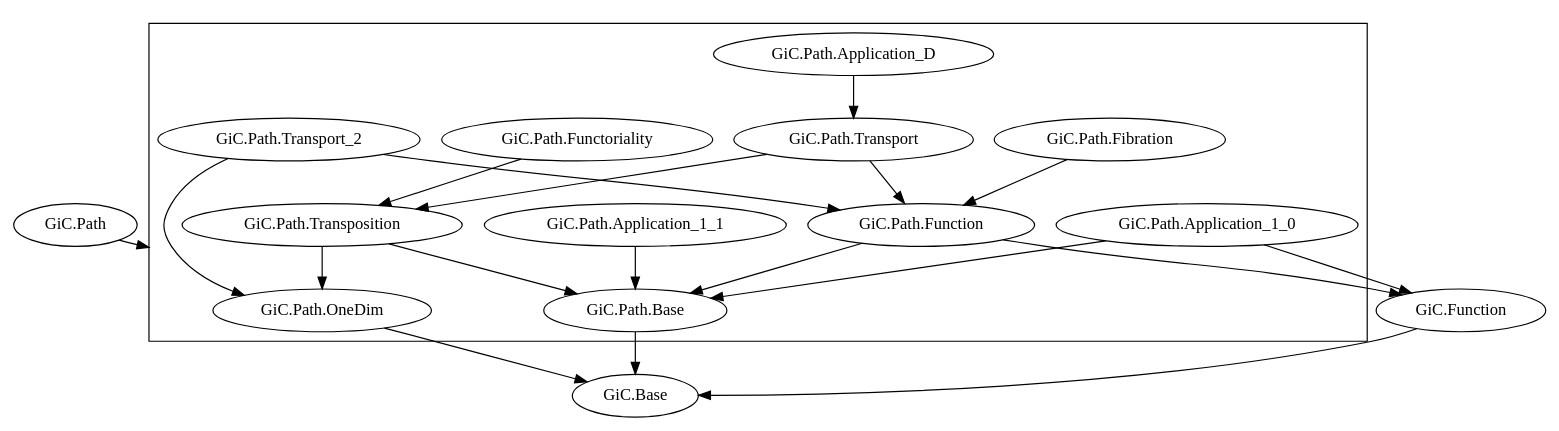
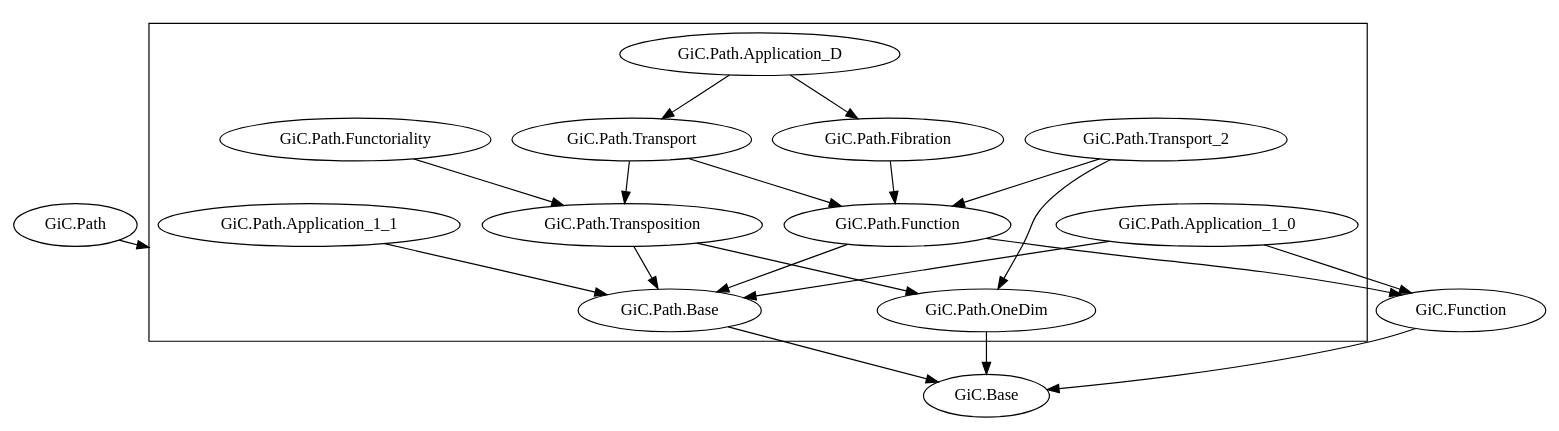
Before and after one commit to Hexirp/googology-in-coq: the diagram in documents/libraries-tred.gv, drawn with Graphviz. The commit also changed 3 other files, not shown here.

```diff
--- a/documents/libraries-tred.gv
+++ b/documents/libraries-tred.gv
@@ -1,63 +1,64 @@
 digraph dependency_graph_tred {
   compound = true;
 
   # GiC.Base
 
   # GiC.Function
   "GiC.Function" -> "GiC.Base";
 
   # GiC.Path.Base
   "GiC.Path.Base" -> "GiC.Base";
 
   # GiC.Path.Function
   "GiC.Path.Function" -> "GiC.Function";
   "GiC.Path.Function" -> "GiC.Path.Base";
 
   # GiC.Path.OneDim
   "GiC.Path.OneDim" -> "GiC.Base";
 
   # GiC.Path.Transposition
   "GiC.Path.Transposition" -> "GiC.Path.Base";
   "GiC.Path.Transposition" -> "GiC.Path.OneDim";
 
   # GiC.Path.Functoriality
   "GiC.Path.Functoriality" -> "GiC.Path.Transposition";
 
   # GiC.Path.Application_1_0
   "GiC.Path.Application_1_0" -> "GiC.Function";
   "GiC.Path.Application_1_0" -> "GiC.Path.Base";
 
   # GiC.Path.Application_1_1
   "GiC.Path.Application_1_1" -> "GiC.Path.Base";
 
   # GiC.Path.Transport
   "GiC.Path.Transport" -> "GiC.Path.Function";
   "GiC.Path.Transport" -> "GiC.Path.Transposition";
 
   # GiC.Path.Fibration
   "GiC.Path.Fibration" -> "GiC.Path.Function";
 
   # GiC.Path.Transport_2
   "GiC.Path.Transport_2" -> "GiC.Path.Function";
   "GiC.Path.Transport_2" -> "GiC.Path.OneDim";
 
   # GiC.Path.Application_D
   "GiC.Path.Application_D" -> "GiC.Path.Transport";
+  "GiC.Path.Application_D" -> "GiC.Path.Fibration";
 
   # GiC.Path
   subgraph cluster_GiC_Path {
     "GiC.Path.Base";
     "GiC.Path.Function";
     "GiC.Path.OneDim";
     "GiC.Path.Transposition";
     "GiC.Path.Functoriality";
     "GiC.Path.Application_1_0";
     "GiC.Path.Application_1_1";
     "GiC.Path.Transport";
     "GiC.Path.Fibration";
     "GiC.Path.Transport_2";
     "GiC.Path.Application_D";
   }
 
   "GiC.Path" -> "GiC.Path.Base" [lhead = cluster_GiC_Path];
 }
```
